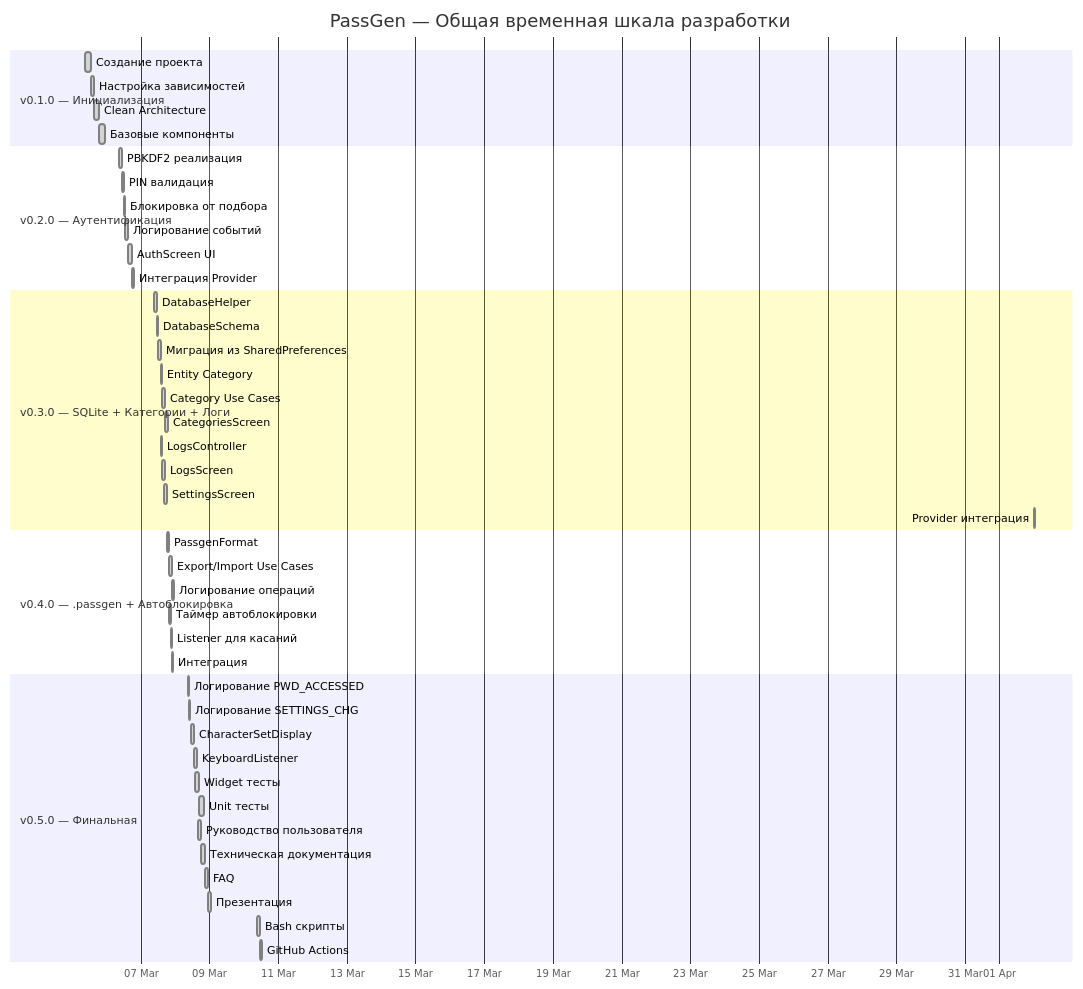
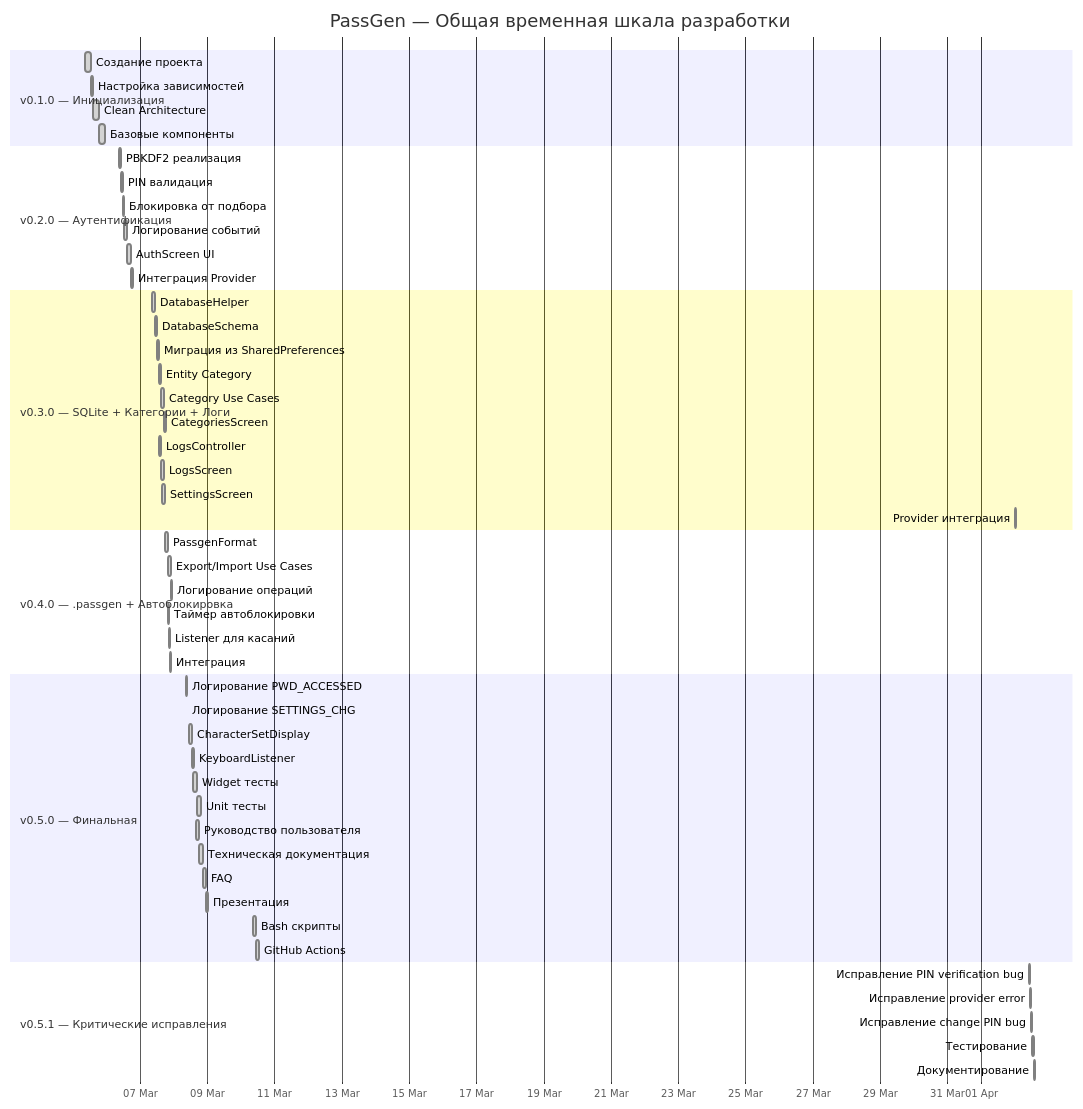
The first of 9 diagrams in docs/chronology/TIMELINE.md (Azazlov/PassGen), drawn with Mermaid before and after one commit. The commit also changed other lines of this file and 4 other files, not shown here.

````diff
--- a/docs/chronology/TIMELINE.md
+++ b/docs/chronology/TIMELINE.md
@@ -12,55 +12,62 @@
 ```mermaid
 gantt
     title PassGen — Общая временная шкала разработки
     dateFormat  YYYY-MM-DD HH:mm
     axisFormat  %d %b
     excludes    weekend
     
     section v0.1.0 — Инициализация
     Создание проекта           :done, v01init, 2026-03-05 09:00, 4h
     Настройка зависимостей     :done, v01deps, after v01init, 2h
     Clean Architecture         :done, v01arch, after v01deps, 4h
     Базовые компоненты         :done, v01comp, after v01arch, 4h
     
     section v0.2.0 — Аутентификация
     PBKDF2 реализация          :done, v02pbkdf2, 2026-03-06 09:00, 2h
     PIN валидация              :done, v02pin, after v02pbkdf2, 1h
     Блокировка от подбора      :done, v02lock, after v02pin, 1h
     Логирование событий        :done, v02log, after v02lock, 2h
     AuthScreen UI              :done, v02ui, after v02log, 3h
     Интеграция Provider        :done, v02di, after v02ui, 1h
     
     section v0.3.0 — SQLite + Категории + Логи
     DatabaseHelper             :done, v03dbh, 2026-03-07 09:00, 2h
     DatabaseSchema             :done, v03dbs, after v03dbh, 1h
     Миграция из SharedPreferences :done, v03migr, after v03dbs, 2h
     Entity Category            :done, v03cat, after v03migr, 1h
     Category Use Cases         :done, v03catuc, after v03cat, 2h
     CategoriesScreen           :done, v03catscr, after v03catuc, 2h
     LogsController             :done, v03logctrl, 2026-03-07 14:00, 1h
     LogsScreen                 :done, v03logscr, after v03logctrl, 2h
     SettingsScreen             :done, v03sets cr, 2026-03-07 16:00, 2h
     Provider интеграция        :done, v03di, after sets cr, 1h
     
     section v0.4.0 — .passgen + Автоблокировка
     PassgenFormat              :done, v04pf, 2026-03-07 18:00, 2h
     Export/Import Use Cases    :done, v04uc, after v04pf, 2h
     Логирование операций       :done, v04log, after v04uc, 1h
     Таймер автоблокировки      :done, v04timer, 2026-03-07 20:00, 1h
     Listener для касаний       :done, v04listen, after v04timer, 30m
     Интеграция                 :done, v04int, after v04listen, 1h
     
     section v0.5.0 — Финальная
     Логирование PWD_ACCESSED   :done, v05log1, 2026-03-08 09:00, 40m
     Логирование SETTINGS_CHG   :done, v05log2, after v05log1, 25m
     CharacterSetDisplay        :done, v05char, 2026-03-08 11:00, 2h
     KeyboardListener           :done, v05keyb, after v05char, 2h
     Widget тесты               :done, v05wt, 2026-03-08 14:00, 3h
     Unit тесты                 :done, v05ut, after v05wt, 3h
     Руководство пользователя   :done, v05doc1, 2026-03-08 16:00, 2h
     Техническая документация   :done, v05doc2, after v05doc1, 3h
     FAQ                        :done, v05doc3, after v05doc2, 2h
     Презентация                :done, v05doc4, after v05doc3, 2h
     Bash скрипты               :done, v05bash, 2026-03-10 09:00, 2h
     GitHub Actions             :done, v05ci, after v05bash, 2h
+
+    section v0.5.1 — Критические исправления
+    Исправление PIN verification bug :done, v051bug1, 2026-04-02 10:00, 1h
+    Исправление provider error :done, v051bug2, after v051bug1, 30m
+    Исправление change PIN bug :done, v051bug3, after v051bug2, 1h
+    Тестирование               :done, v051test, after v051bug3, 1h
+    Документирование           :done, v051doc, after v051test, 1h
 ```
````
